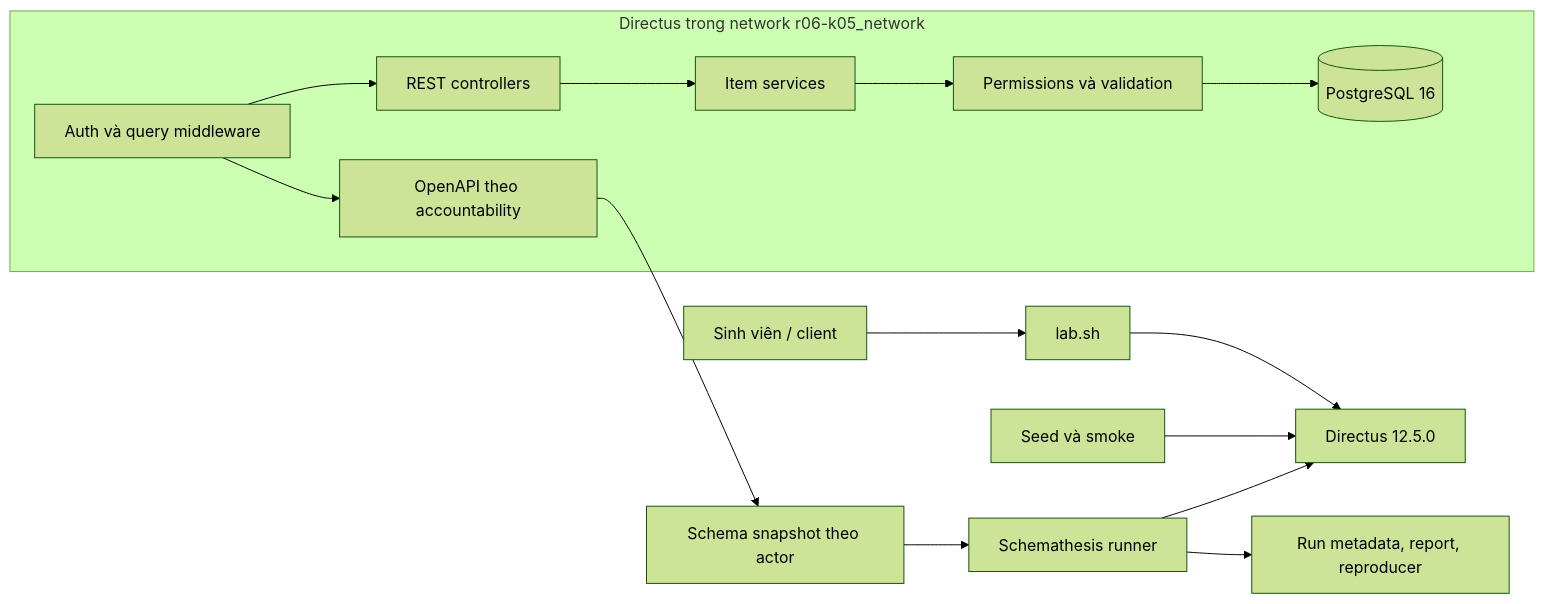
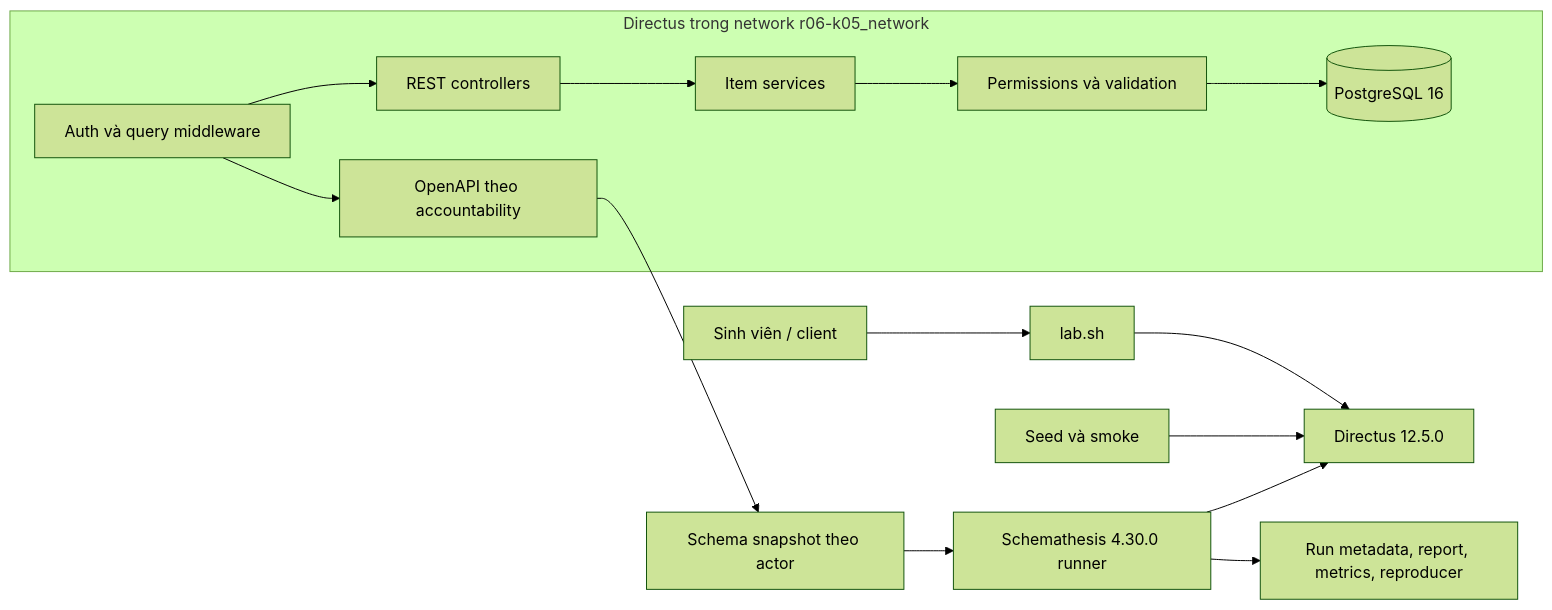
One commit to minnhi09/Directus-Testing changed the diagram in docs/architecture.md. Above: the diagram before and after it, drawn with Mermaid (forest theme). The commit also changed other lines of this file and 4 other files, not shown here.

````diff
--- a/docs/architecture.md
+++ b/docs/architecture.md
@@ -3,19 +3,19 @@
 ```mermaid
 flowchart LR
     U["Sinh viên / client"] --> L["lab.sh"]
     L --> D["Directus 12.5.0"]
     S["Seed và smoke"] --> D
-    T["Schemathesis runner"] --> D
+    T["Schemathesis 4.30.0 runner"] --> D
 
     subgraph API["Directus trong network r06-k05_network"]
         D1["Auth và query middleware"] --> D2["REST controllers"]
         D2 --> D3["Item services"]
         D3 --> D4["Permissions và validation"]
         D4 --> DB[("PostgreSQL 16")]
         D1 --> O["OpenAPI theo accountability"]
     end
 
     O --> F["Schema snapshot theo actor"]
     F --> T
-    T --> R["Run metadata, report, reproducer"]
+    T --> R["Run metadata, report, metrics, reproducer"]
 ```
````
